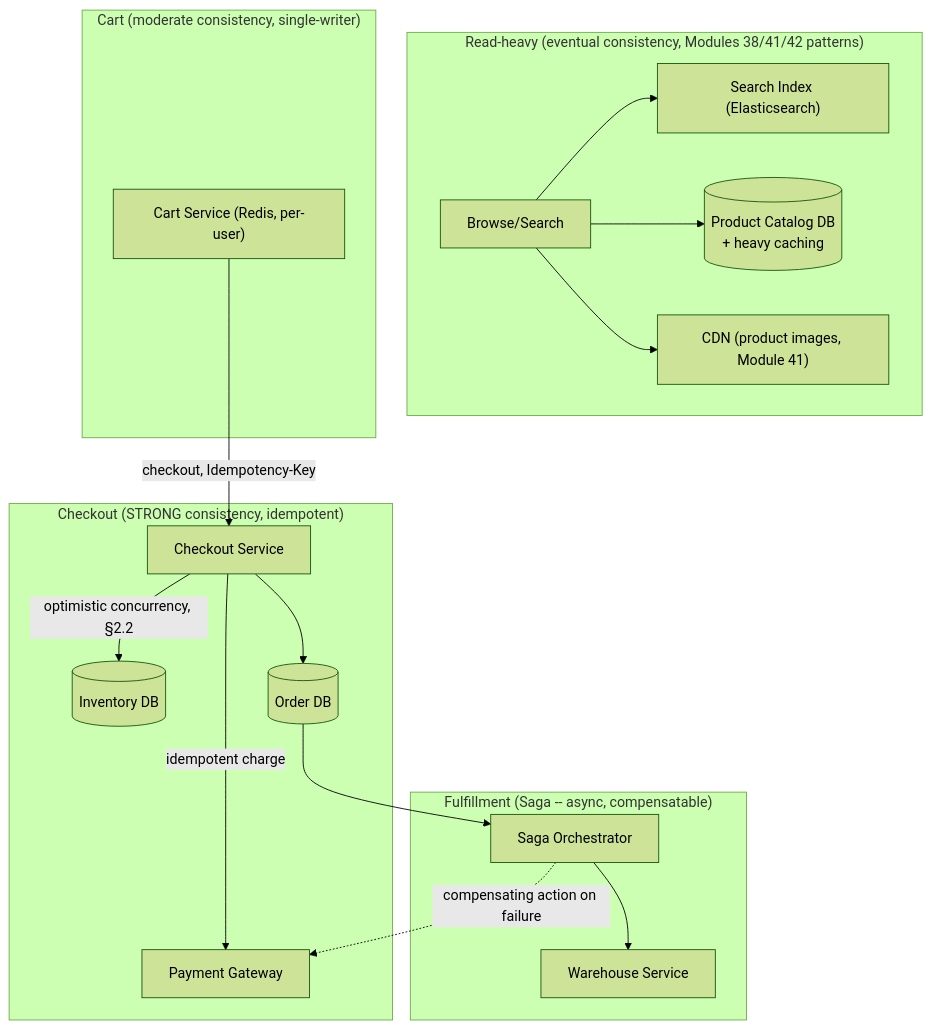
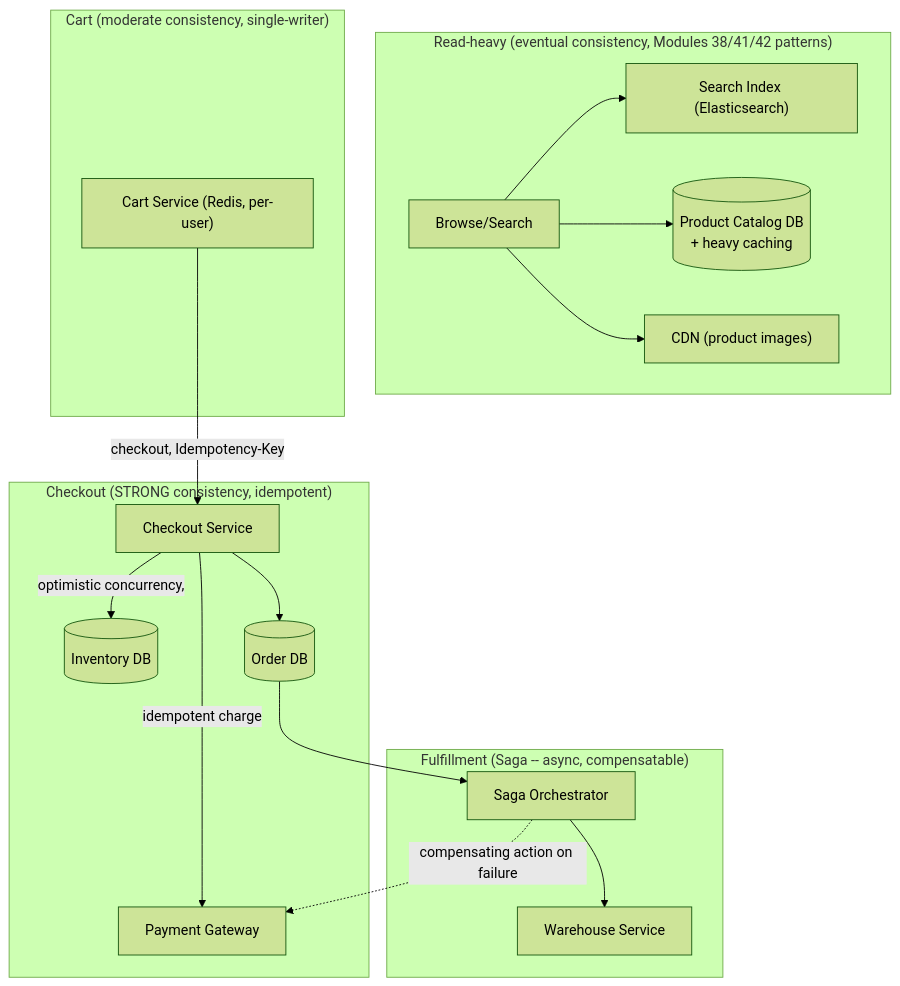
One commit to umashankarp/InterviewQuestions changed the second of 2 diagrams in 14-System-Design/07-Designing-Amazon-Ecommerce.md. Above: the diagram before and after it, drawn with Mermaid (forest theme). The commit also changed other lines of this file and 173 other files, not shown here.

````diff
--- a/14-System-Design/07-Designing-Amazon-Ecommerce.md
+++ b/14-System-Design/07-Designing-Amazon-Ecommerce.md
@@ -167,22 +167,22 @@
 ```mermaid
 graph TB
-    subgraph "Read-heavy (eventual consistency, Modules 38/41/42 patterns)"
-        Browse[Browse/Search] --> SearchIndex["Search Index (Elasticsearch)"]
-        Browse --> Catalog[("Product Catalog DB<br/>+ heavy caching")]
-        Browse --> CDN["CDN (product images, Module 41)"]
-    end
-    subgraph "Cart (moderate consistency, single-writer)"
-        Cart["Cart Service (Redis, per-user)"]
-    end
-    subgraph "Checkout (STRONG consistency, idempotent)"
-        Cart -->|"checkout, Idempotency-Key"| CheckoutService["Checkout Service"]
-        CheckoutService -->|"optimistic concurrency, §2.2"| Inventory[("Inventory DB")]
-        CheckoutService -->|"idempotent charge"| Payment["Payment Gateway"]
-        CheckoutService --> OrderDB[("Order DB")]
-    end
-    subgraph "Fulfillment (Saga -- async, compensatable)"
-        OrderDB --> Saga["Saga Orchestrator"]
-        Saga --> Warehouse["Warehouse Service"]
-        Saga -.->|"compensating action on failure"| Payment
-    end
+ subgraph "Read-heavy (eventual consistency, Modules 38/41/42 patterns)"
+ Browse[Browse/Search] --> SearchIndex["Search Index (Elasticsearch)"]
+ Browse --> Catalog[("Product Catalog DB<br/>+ heavy caching")]
+ Browse --> CDN["CDN (product images)"]
+ end
+ subgraph "Cart (moderate consistency, single-writer)"
+ Cart["Cart Service (Redis, per-user)"]
+ end
+ subgraph "Checkout (STRONG consistency, idempotent)"
+ Cart -->|"checkout, Idempotency-Key"| CheckoutService["Checkout Service"]
+ CheckoutService -->|"optimistic concurrency,"| Inventory[("Inventory DB")]
+ CheckoutService -->|"idempotent charge"| Payment["Payment Gateway"]
+ CheckoutService --> OrderDB[("Order DB")]
+ end
+ subgraph "Fulfillment (Saga -- async, compensatable)"
+ OrderDB --> Saga["Saga Orchestrator"]
+ Saga --> Warehouse["Warehouse Service"]
+ Saga -.->|"compensating action on failure"| Payment
+ end
 ```
````
